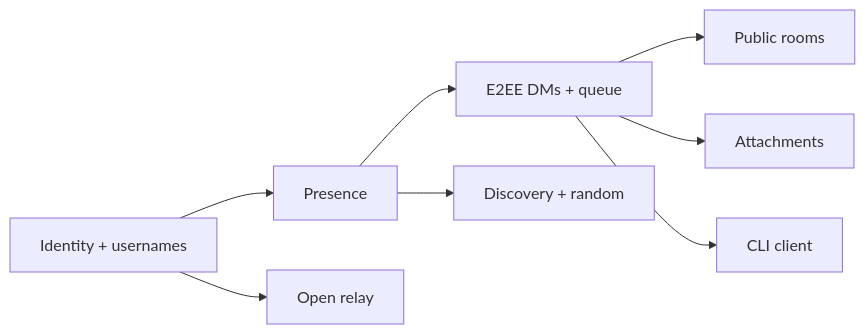
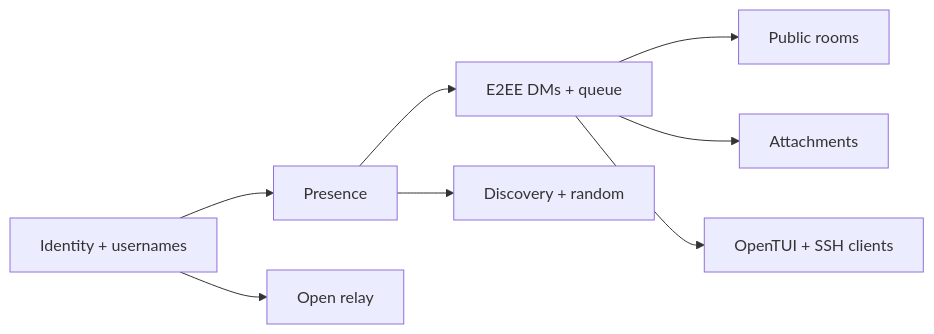
One commit to tschk/nexnet changed the diagram in docs/mvp.md. Above: the diagram before and after it, drawn with Mermaid. The commit also changed other lines of this file and 3 other files, not shown here.

Commit message:
docs: lock OpenTUI and SSH client surfaces

````diff
--- a/docs/mvp.md
+++ b/docs/mvp.md
@@ -43,10 +44,10 @@
 ```mermaid
 flowchart LR
   ID[Identity + usernames] --> Pres[Presence]
   Pres --> DM[E2EE DMs + queue]
   DM --> Rooms[Public rooms]
   DM --> Att[Attachments]
   Pres --> Match[Discovery + random]
   ID --> Relay[Open relay]
-  DM --> CLI[CLI client]
+  DM --> CLI[OpenTUI + SSH clients]
 ```
````
